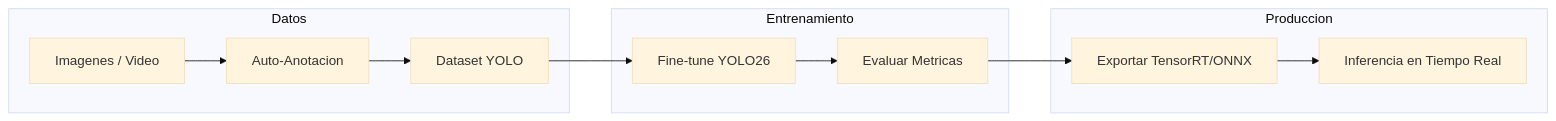
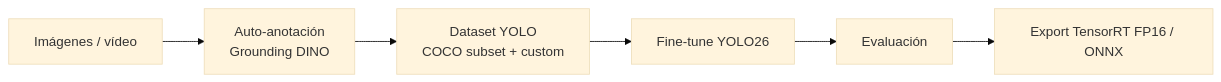
The diagram in README.md (robertteleng/vision-fine-tuning), drawn with Mermaid (base theme) before and after one commit. The commit also changed other lines of this file and 1 other file, not shown here.

````diff
--- a/README.md
+++ b/README.md
@@ -9,17 +21,8 @@
 ```mermaid
 flowchart LR
-    subgraph Datos
-        A[Imagenes / Video] --> B[Auto-Anotacion]
-        B --> C[Dataset YOLO]
-    end
-
-    subgraph Entrenamiento
-        C --> D[Fine-tune YOLO26]
-        D --> E[Evaluar Metricas]
-    end
-
-    subgraph Produccion
-        E --> F[Exportar TensorRT/ONNX]
-        F --> G[Inferencia en Tiempo Real]
-    end
+    A[Imágenes / vídeo] --> B[Auto-anotación<br/>Grounding DINO]
+    B --> C[Dataset YOLO<br/>COCO subset + custom]
+    C --> D[Fine-tune YOLO26]
+    D --> E[Evaluación]
+    E --> F[Export TensorRT FP16 / ONNX]
 ```
````
